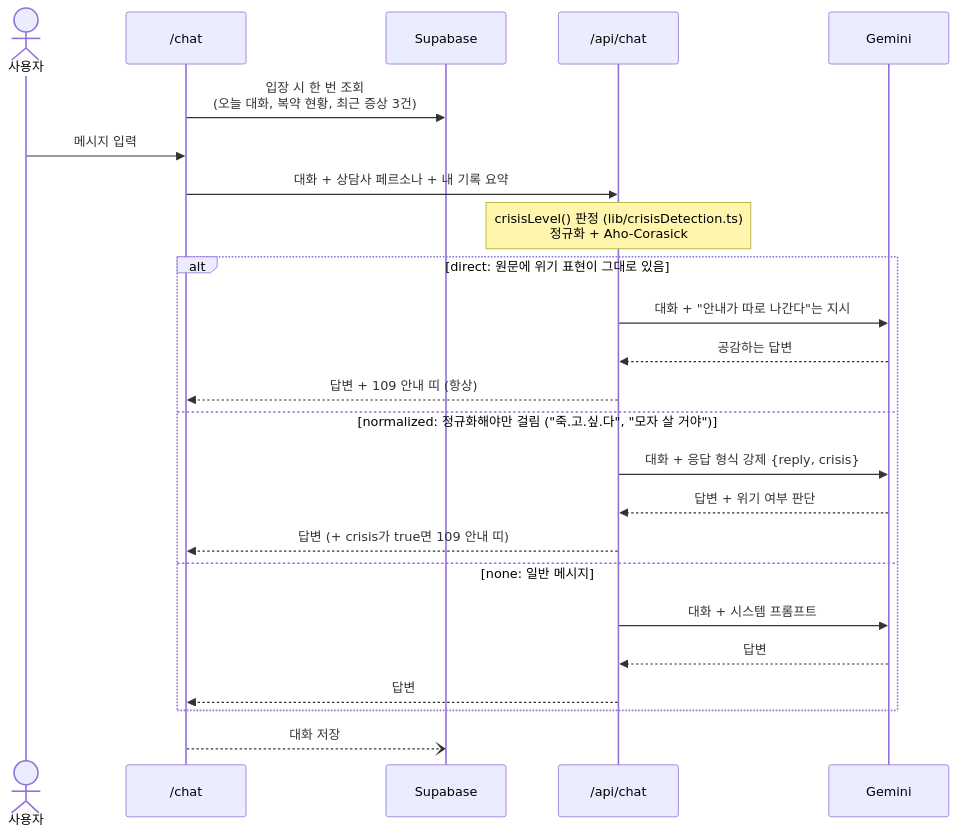
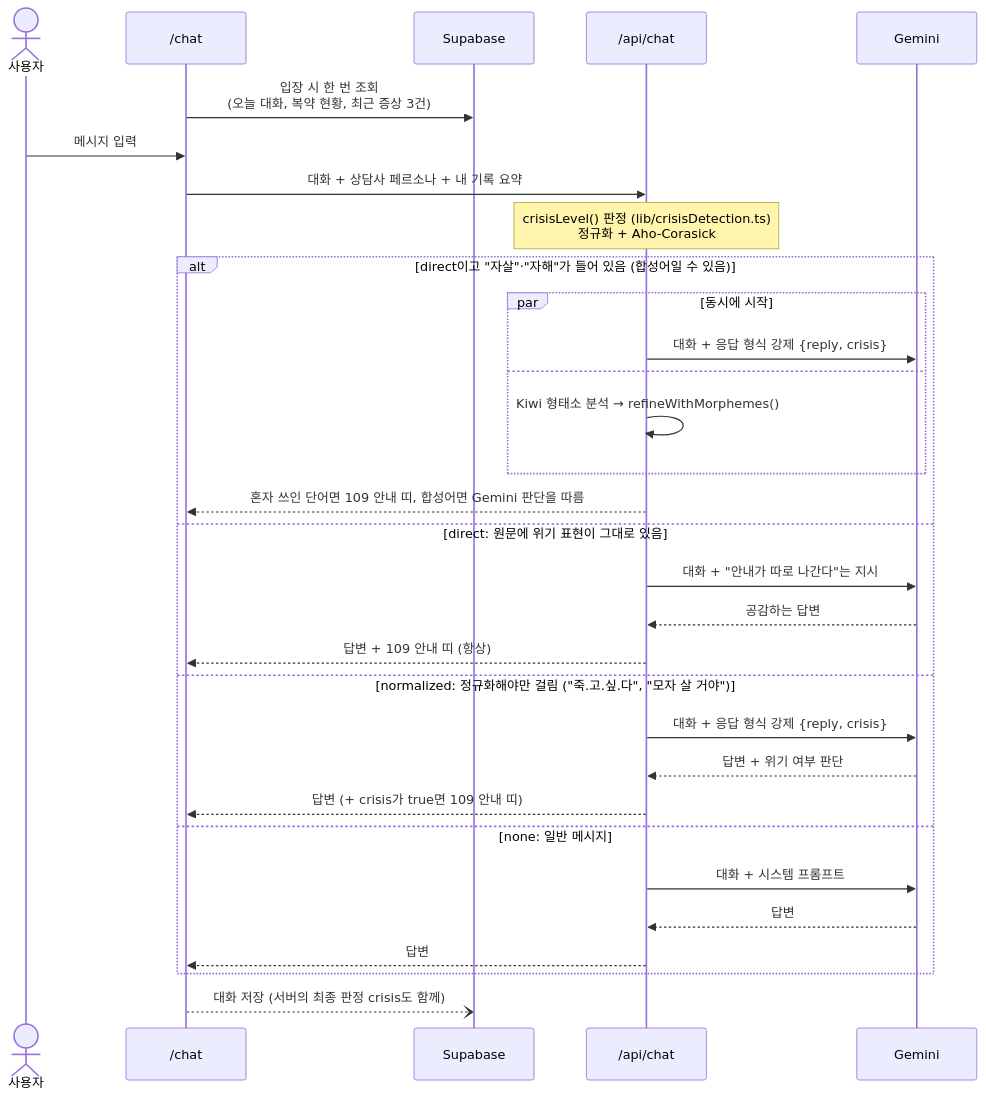
Before and after one commit to hoi256678-cpu/ai-chat: the third of 5 diagrams in README.md, drawn with Mermaid. The commit also changed other lines of this file and 1 other file, not shown here.

Commit message:
docs: README와 학습 기록을 지금 구조에 맞게 정리
README에 Kiwi·Vitest를 기술 스택에 넣고, 채팅 흐름도에 합성어 분기(Gemini와
Kiwi 동시 실행)를 더하고, 복약 주의사항이 AI 생성이라는 점과 테스트 실행법을
적었다. 학습 기록 2장 구조도에서 삭제된 안드로이드 앱·워치 연동을 뺐다.

Code-Origin: 바이브

````diff
--- a/README.md
+++ b/README.md
@@ -131,27 +133,34 @@
 ```mermaid
 sequenceDiagram
     actor U as 사용자
     participant C as /chat
     participant DB as Supabase
     participant A as /api/chat
     participant G as Gemini
 
     C->>DB: 입장 시 한 번 조회<br/>(오늘 대화, 복약 현황, 최근 증상 3건)
     U->>C: 메시지 입력
     C->>A: 대화 + 상담사 페르소나 + 내 기록 요약
     Note over A: crisisLevel() 판정 (lib/crisisDetection.ts)<br/>정규화 + Aho-Corasick
-    alt direct: 원문에 위기 표현이 그대로 있음
+    alt direct이고 "자살"·"자해"가 들어 있음 (합성어일 수 있음)
+        par 동시에 시작
+            A->>G: 대화 + 응답 형식 강제 {reply, crisis}
+        and
+            A->>A: Kiwi 형태소 분석 → refineWithMorphemes()
+        end
+        A-->>C: 혼자 쓰인 단어면 109 안내 띠, 합성어면 Gemini 판단을 따름
+    else direct: 원문에 위기 표현이 그대로 있음
         A->>G: 대화 + "안내가 따로 나간다"는 지시
         G-->>A: 공감하는 답변
         A-->>C: 답변 + 109 안내 띠 (항상)
     else normalized: 정규화해야만 걸림 ("죽.고.싶.다", "모자 살 거야")
         A->>G: 대화 + 응답 형식 강제 {reply, crisis}
         G-->>A: 답변 + 위기 여부 판단
         A-->>C: 답변 (+ crisis가 true면 109 안내 띠)
     else none: 일반 메시지
         A->>G: 대화 + 시스템 프롬프트
         G-->>A: 답변
         A-->>C: 답변
     end
-    C--)DB: 대화 저장
+    C--)DB: 대화 저장 (서버의 최종 판정 crisis도 함께)
 ```
````
